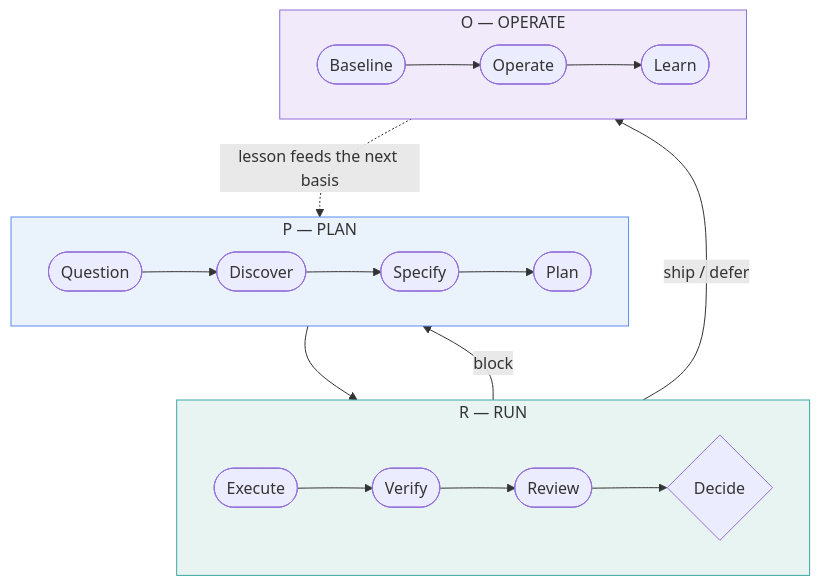
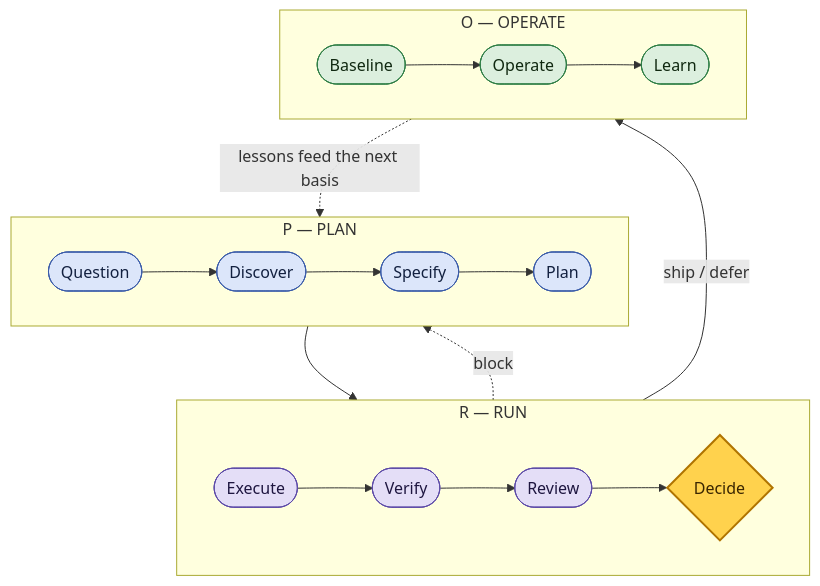
The second of 2 diagrams in README.md (FlyFission/nuclear-grade-context-engineering), drawn with Mermaid before and after one commit. The commit also changed 1 other file, not shown here.

Commit message:
docs: refine PROVE/PRO swim-lane diagrams for legibility and contrast
Principal-designer + adversarial polish pass on the two overlays:

- Dark-mode legibility fix: force dark node text on light fills via
  classDef, so labels stay readable on GitHub's dark theme (light fills
  plus theme-default text could otherwise render light-on-light).
- Hierarchy: replace the flat rainbow palette with a semantic journey
  (Plan blue -> Run violet -> Observe teal -> Embed green) and reserve a
  single amber accent for the Decide gate, making the one decision the
  focal point.
- Signal vs noise: the main flow stays solid; exception/feedback paths
  (block, lessons loop) are now dotted and subordinate.
- Redundant encoding for color-blind/grayscale readers: every lane keeps
  its letter+name label and the gate is a diamond (shape), so meaning
  survives without color.
- Consistency: both diagrams share one type system (Plan blue,
  Operate/Embed green, gate amber) so they read as one family.

Verification: pytest 117 passed; doctor OK; packet validates; README PRO
mirror byte-identical to the canonical block.

https://claude.ai/code/session_01A2zd1fJKV7EcF9rCCyNQ5D

````diff
--- a/README.md
+++ b/README.md
@@ -100,22 +100,27 @@
 ```mermaid
 flowchart TB
-  subgraph PLAN["P — PLAN"]
+  classDef plan fill:#DCE6FA,stroke:#3A5BA8,color:#12203F;
+  classDef run fill:#E4DEF7,stroke:#5B49A6,color:#1E1640;
+  classDef emb fill:#DCEFDE,stroke:#2E7D45,color:#102810;
+  classDef gate fill:#FFD24D,stroke:#B07400,color:#3A2600,stroke-width:2px;
+  subgraph LP["P — PLAN"]
     direction LR
     A1(["Question"]) --> A2(["Discover"]) --> A3(["Specify"]) --> A4(["Plan"])
   end
-  subgraph RUN["R — RUN"]
+  subgraph LRUN["R — RUN"]
     direction LR
     B1(["Execute"]) --> B2(["Verify"]) --> B3(["Review"]) --> B4{"Decide"}
   end
-  subgraph OPS["O — OPERATE"]
+  subgraph LOPS["O — OPERATE"]
     direction LR
     C1(["Baseline"]) --> C2(["Operate"]) --> C3(["Learn"])
   end
   A4 --> B1
   B4 -->|"ship / defer"| C1
-  B4 -->|"block"| A4
-  C3 -.->|"lesson feeds the next basis"| A1
-  style PLAN fill:#EAF2FB,stroke:#5B8DEF
-  style RUN fill:#E7F4F2,stroke:#3AA8A0
-  style OPS fill:#F0EAFB,stroke:#8E6FD8
+  B4 -.->|"block"| A4
+  C3 -.->|"lessons feed the next basis"| A1
+  class A1,A2,A3,A4 plan
+  class B1,B2,B3 run
+  class B4 gate
+  class C1,C2,C3 emb
 ```
````
